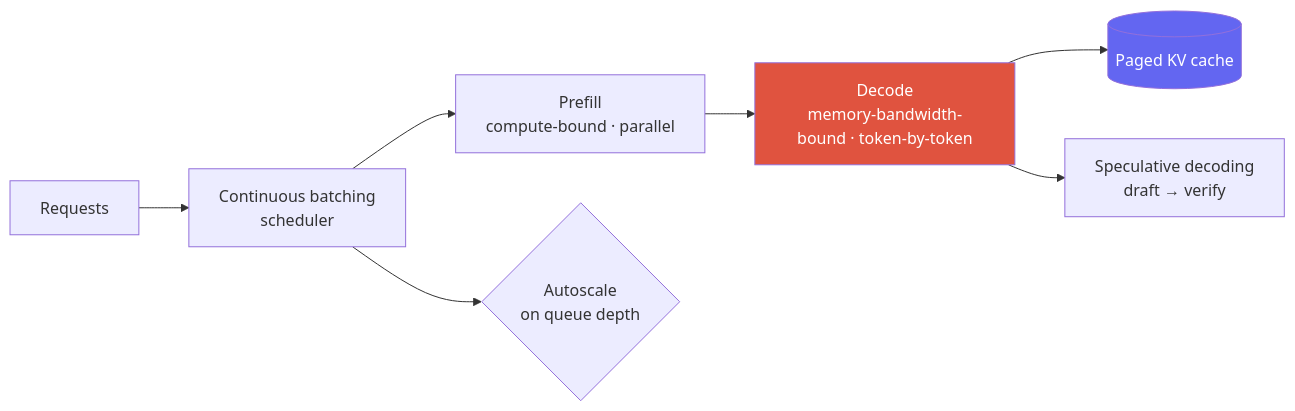
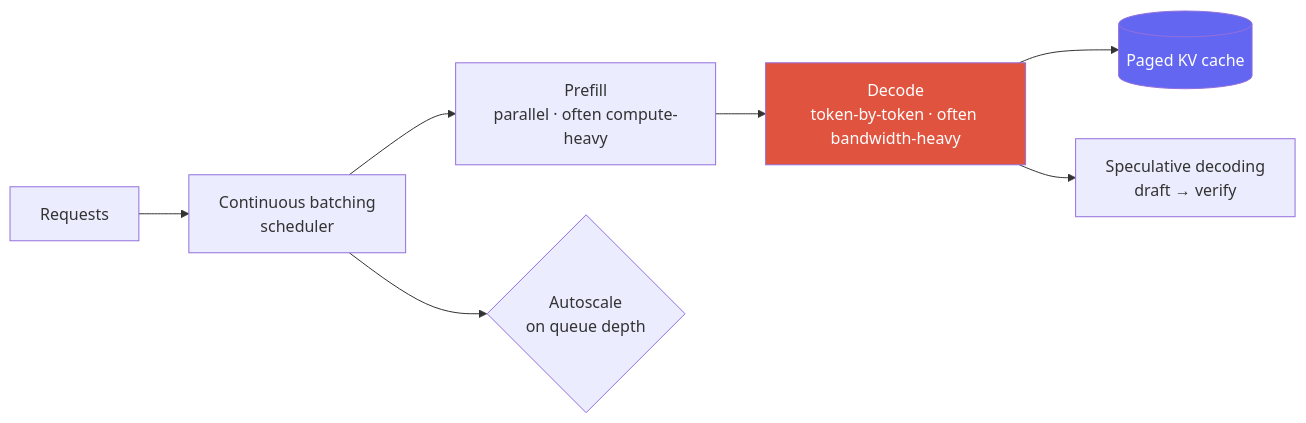
Before and after one commit to beomyoung-kim/ml_study: the third of 4 diagrams in content/system-design/llm-systems.ko.md, drawn with Mermaid. The commit also changed other lines of this file and 209 other files, not shown here.

````diff
--- a/content/system-design/llm-systems.ko.md
+++ b/content/system-design/llm-systems.ko.md
@@ -123,11 +126,11 @@
 ```mermaid
 flowchart LR
   Req[Requests] --> Sched[Continuous batching<br/>scheduler]
-  Sched --> Prefill[Prefill<br/>compute-bound · parallel]
-  Prefill --> Decode[Decode<br/>memory-bandwidth-bound · token-by-token]
+  Sched --> Prefill[Prefill<br/>parallel · often compute-heavy]
+  Prefill --> Decode[Decode<br/>token-by-token · often bandwidth-heavy]
   Decode --> KV[(Paged KV cache)]
   Decode --> Spec[Speculative decoding<br/>draft → verify]
   Sched --> AS{Autoscale<br/>on queue depth}
   style Decode fill:#e0533f,color:#fff
   style KV fill:#6366f1,color:#fff
 ```
````
